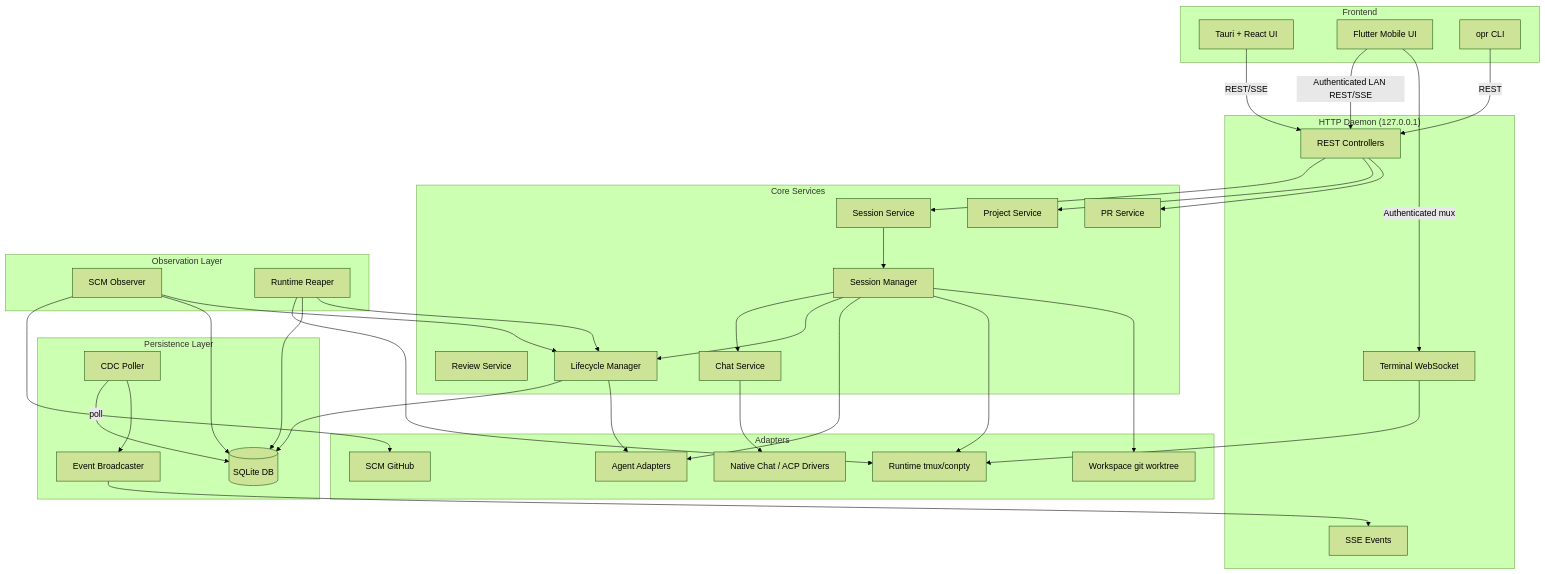
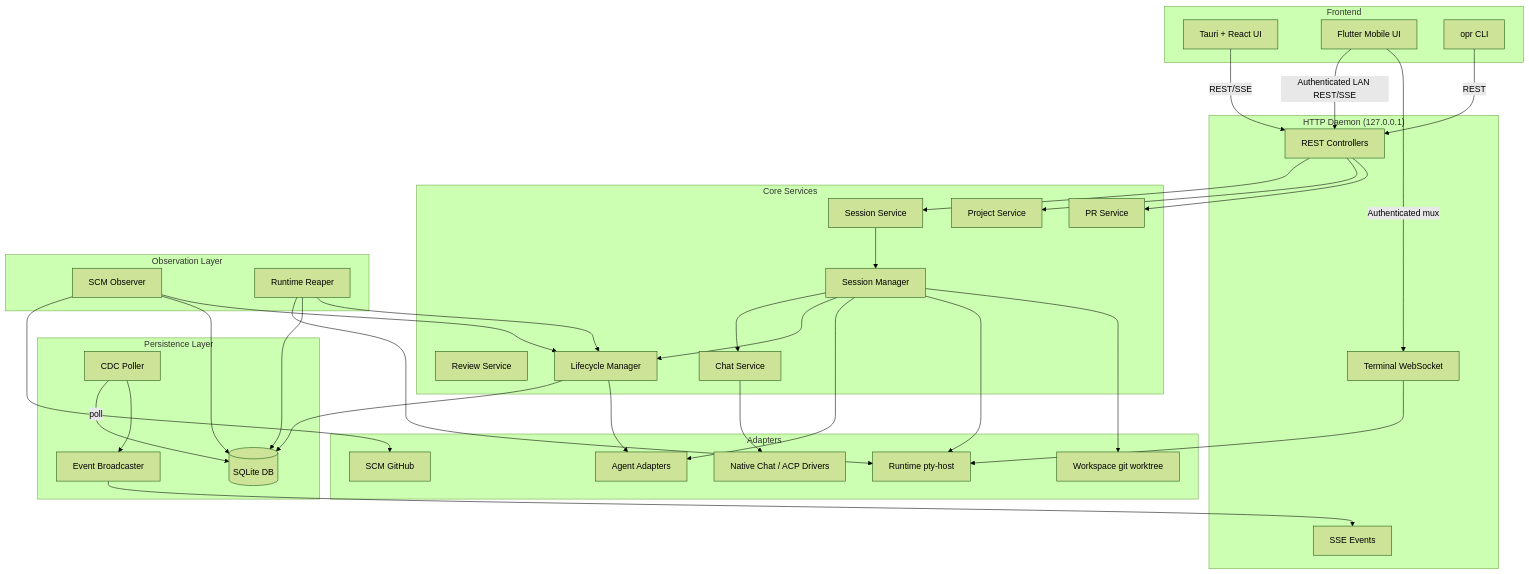
One commit to OmarAly92/Operator changed the second of 24 diagrams in docs/architecture.md. Above: the diagram before and after it, drawn with Mermaid (forest theme). The commit also changed other lines of this file and 64 other files, not shown here.

First line of the commit message:
feat(runtime)!: replace tmux with the pty-host on every platform

````diff
--- a/docs/architecture.md
+++ b/docs/architecture.md
@@ -53,77 +53,77 @@
 ```mermaid
 graph TB
     subgraph Frontend
         FE[Tauri + React UI]
         Mobile[Flutter Mobile UI]
         CLI[opr CLI]
     end
 
     subgraph HTTP["HTTP Daemon (127.0.0.1)"]
         Controllers[REST Controllers]
         SSE[SSE Events]
         Terminal[Terminal WebSocket]
     end
 
     subgraph Core["Core Services"]
         SessionSvc[Session Service]
         ProjectSvc[Project Service]
         PRSvc[PR Service]
         ReviewSvc[Review Service]
         SessionMgr[Session Manager]
         ChatSvc[Chat Service]
         LCM[Lifecycle Manager]
     end
 
     subgraph Observe["Observation Layer"]
         SCMObserver[SCM Observer]
         Reaper[Runtime Reaper]
     end
 
     subgraph Storage["Persistence Layer"]
         SQLite[(SQLite DB)]
         CDC[CDC Poller]
         Broadcaster[Event Broadcaster]
     end
 
     subgraph Adapters["Adapters"]
         AgentAdapter[Agent Adapters]
-        RuntimeAdapter[Runtime tmux/conpty]
+        RuntimeAdapter[Runtime pty-host]
         ChatDriver[Native Chat / ACP Drivers]
         WorkspaceAdapter[Workspace git worktree]
         SCMAdapter[SCM GitHub]
     end
 
     FE -->|REST/SSE| Controllers
     Mobile -->|Authenticated LAN REST/SSE| Controllers
     Mobile -->|Authenticated mux| Terminal
     CLI -->|REST| Controllers
     Controllers --> SessionSvc
     Controllers --> ProjectSvc
     Controllers --> PRSvc
 
     SessionSvc --> SessionMgr
     SessionMgr --> ChatSvc
     SessionMgr --> LCM
     SessionMgr --> AgentAdapter
     SessionMgr --> RuntimeAdapter
     SessionMgr --> WorkspaceAdapter
     ChatSvc --> ChatDriver
 
     LCM --> SQLite
     LCM --> AgentAdapter
 
     SCMObserver --> SCMAdapter
     SCMObserver --> SQLite
     SCMObserver --> LCM
 
     Reaper --> RuntimeAdapter
     Reaper --> SQLite
     Reaper --> LCM
 
     CDC -->|poll| SQLite
     CDC --> Broadcaster
     Broadcaster --> SSE
 
     Terminal --> RuntimeAdapter
 
 ```
````
